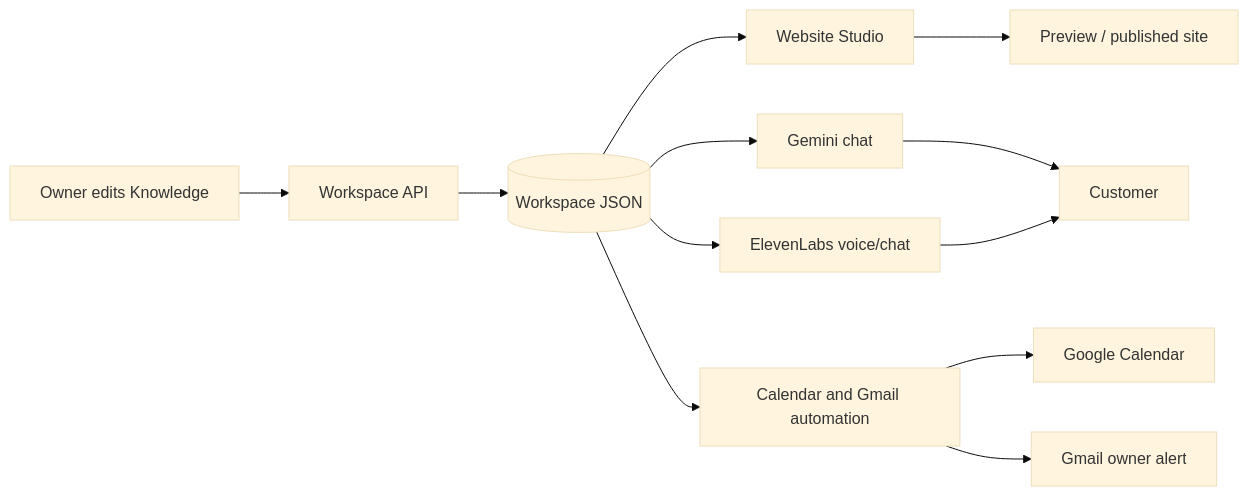
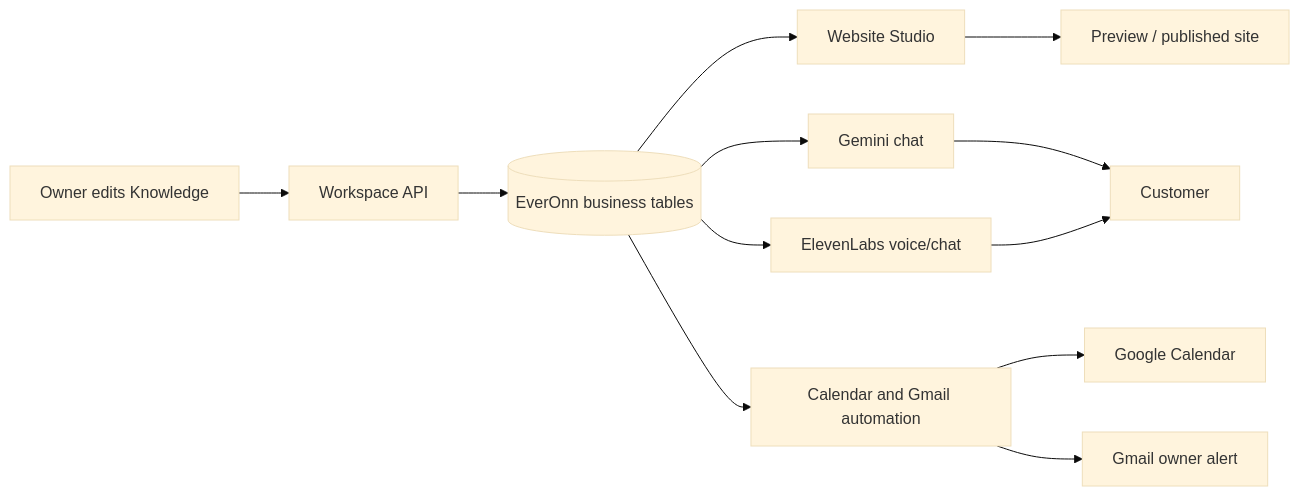
Before and after one commit to tinitiateprime/everonnai: the first of 9 diagrams in PROJECT_DATA_FLOW.md, drawn with Mermaid (base theme). The commit also changed other lines of this file and 17 other files, not shown here.

Commit message:
Organize EverOnn data into isolated entity tables

````diff
--- a/PROJECT_DATA_FLOW.md
+++ b/PROJECT_DATA_FLOW.md
@@ -9,14 +9,14 @@
 ```mermaid
 flowchart LR
   Owner[Owner edits Knowledge] --> API[Workspace API]
-  API --> Store[(Workspace JSON)]
+  API --> Store[(EverOnn business tables)]
   Store --> Website[Website Studio]
   Store --> Gemini[Gemini chat]
   Store --> Voice[ElevenLabs voice/chat]
   Store --> Booking[Calendar and Gmail automation]
   Website --> CustomerSite[Preview / published site]
   Gemini --> Customer
   Voice --> Customer
   Booking --> Calendar[Google Calendar]
   Booking --> Mail[Gmail owner alert]
 ```
````
